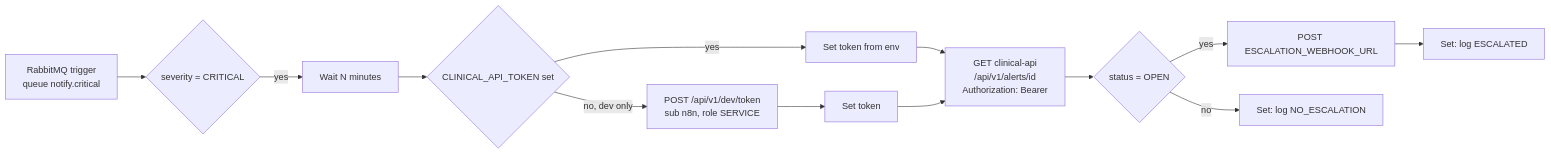
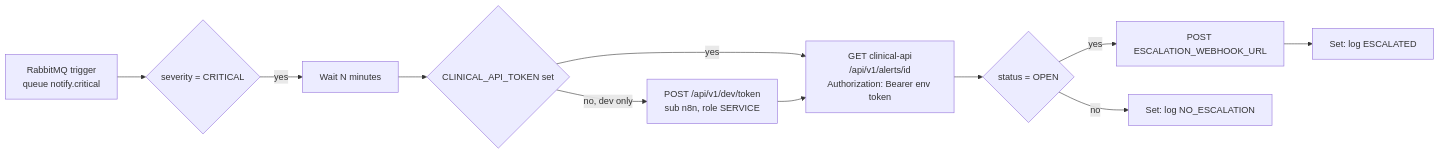
One commit to ilay-fisher/vitalstream changed the diagram in infra/n8n/README.md. Above: the diagram before and after it, drawn with Mermaid. The commit also changed other lines of this file and 2 other files, not shown here.

Commit message:
fix(infra): n8n token only in the HTTP header expression; save no execution data

````diff
--- a/infra/n8n/README.md
+++ b/infra/n8n/README.md
@@ -5,14 +5,12 @@
 ```mermaid
 flowchart LR
     Q[RabbitMQ trigger<br/>queue notify.critical] --> F{severity = CRITICAL}
     F -- yes --> W[Wait N minutes]
     W --> T{CLINICAL_API_TOKEN set}
-    T -- yes --> U[Set token from env]
-    T -- no, dev only --> D[POST /api/v1/dev/token<br/>sub n8n, role SERVICE] --> V[Set token]
-    U --> G[GET clinical-api<br/>/api/v1/alerts/id<br/>Authorization: Bearer]
-    V --> G
+    T -- yes --> G[GET clinical-api<br/>/api/v1/alerts/id<br/>Authorization: Bearer env token]
+    T -- no, dev only --> D[POST /api/v1/dev/token<br/>sub n8n, role SERVICE] --> G
     G --> O{status = OPEN}
     O -- yes --> P[POST ESCALATION_WEBHOOK_URL]
     P --> L1[Set: log ESCALATED]
     O -- no --> L2[Set: log NO_ESCALATION]
 ```
````
